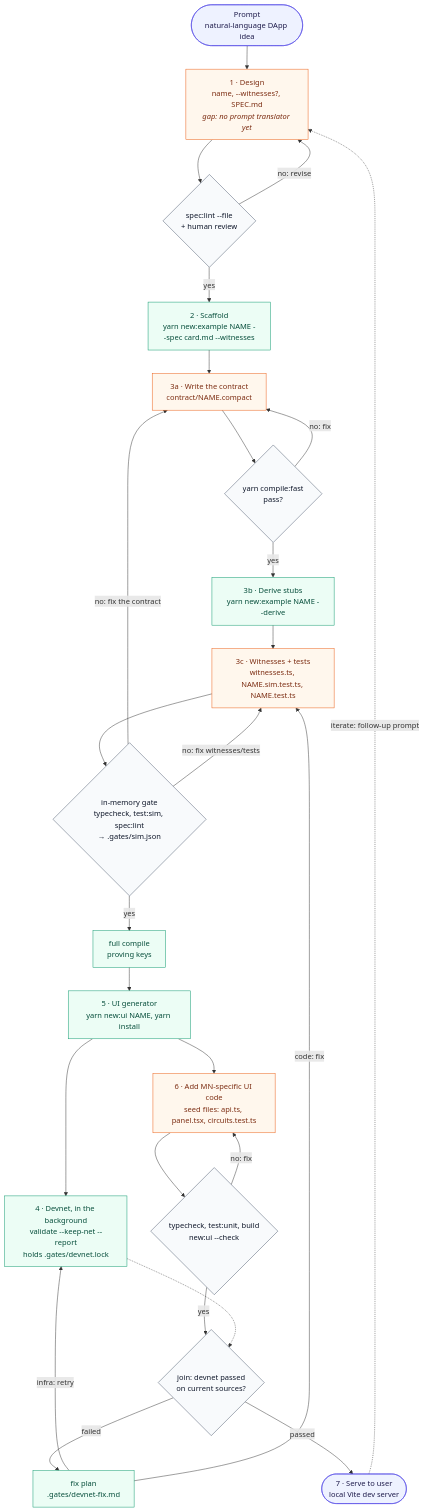
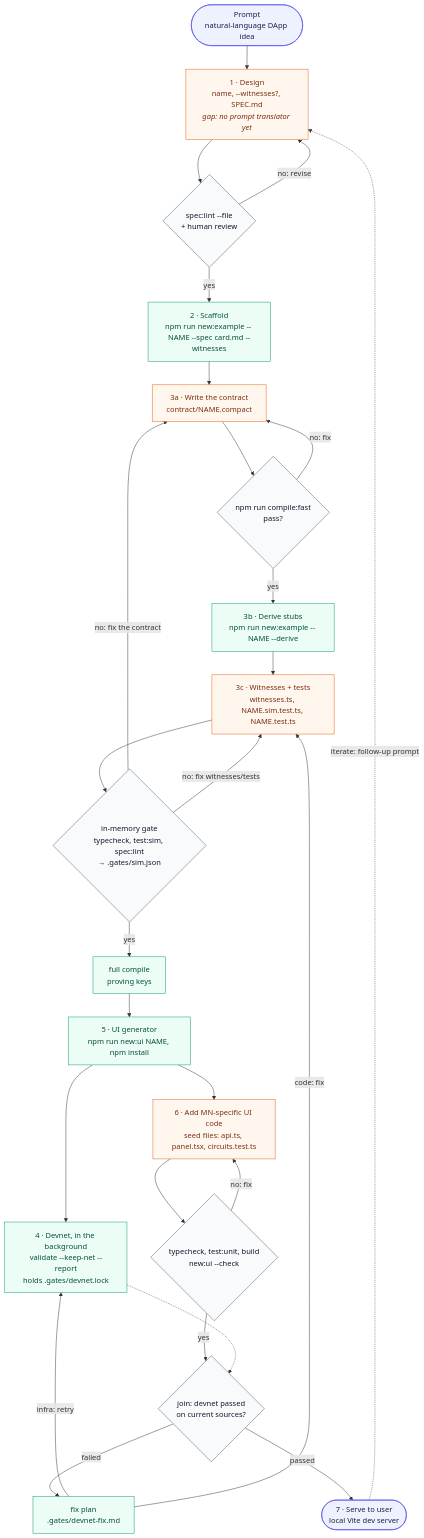
The second of 2 diagrams in docs/generation-flow.md (midnightntwrk/midnight-examples), drawn with Mermaid before and after one commit. The commit also changed other lines of this file and 293 other files, not shown here.

First line of the commit message:
Move the monorepo from Yarn 4 to npm workspaces

````diff
--- a/docs/generation-flow.md
+++ b/docs/generation-flow.md
@@ -36,44 +36,44 @@
 ```mermaid
 flowchart TD
   P(["Prompt<br/>natural-language DApp idea"]):::io
   T["1 · Design<br/>name, --witnesses?, SPEC.md<br/><i>gap: no prompt translator yet</i>"]:::reason
   H{"spec:lint --file<br/>+ human review"}:::gate
-  S["2 · Scaffold<br/>yarn new:example NAME --spec card.md --witnesses"]:::script
+  S["2 · Scaffold<br/>npm run new:example -- NAME --spec card.md --witnesses"]:::script
   R1["3a · Write the contract<br/>contract/NAME.compact"]:::reason
-  C{"yarn compile:fast<br/>pass?"}:::gate
-  DV["3b · Derive stubs<br/>yarn new:example NAME --derive"]:::script
+  C{"npm run compile:fast<br/>pass?"}:::gate
+  DV["3b · Derive stubs<br/>npm run new:example -- NAME --derive"]:::script
   R3["3c · Witnesses + tests<br/>witnesses.ts, NAME.sim.test.ts, NAME.test.ts"]:::reason
   M{"in-memory gate<br/>typecheck, test:sim, spec:lint<br/>→ .gates/sim.json"}:::gate
   FC["full compile<br/>proving keys"]:::script
-  U["5 · UI generator<br/>yarn new:ui NAME, yarn install"]:::script
+  U["5 · UI generator<br/>npm run new:ui NAME, npm install"]:::script
   D["4 · Devnet, in the background<br/>validate --keep-net --report<br/>holds .gates/devnet.lock"]:::script
   R2["6 · Add MN-specific UI code<br/>seed files: api.ts, panel.tsx, circuits.test.ts"]:::reason
   B{"typecheck, test:unit, build<br/>new:ui --check"}:::gate
   J{"join: devnet passed<br/>on current sources?"}:::gate
   FX["fix plan<br/>.gates/devnet-fix.md"]:::script
   O(["7 · Serve to user<br/>local Vite dev server"]):::io
 
   P --> T --> H
   H -- "no: revise" --> T
   H -- yes --> S --> R1 --> C
   C -- "no: fix" --> R1
   C -- yes --> DV --> R3 --> M
   M -- "no: fix the contract" --> R1
   M -- "no: fix witnesses/tests" --> R3
   M -- yes --> FC --> U --> D
   U --> R2 --> B
   B -- "no: fix" --> R2
   B -- yes --> J
   D -.-> J
   J -- "failed" --> FX
   FX -- "infra: retry" --> D
   FX -- "code: fix" --> R3
   J -- "passed" --> O
   O -. "iterate: follow-up prompt" .-> T
 
   classDef io fill:#eef2ff,stroke:#4f46e5,color:#1e1b4b
   classDef script fill:#ecfdf5,stroke:#059669,color:#064e3b
   classDef reason fill:#fff7ed,stroke:#ea580c,color:#7c2d12
   classDef gate fill:#f8fafc,stroke:#475569,color:#0f172a
   classDef gap fill:#f1f5f9,stroke:#94a3b8,color:#475569,stroke-dasharray: 4 3
 ```
````
